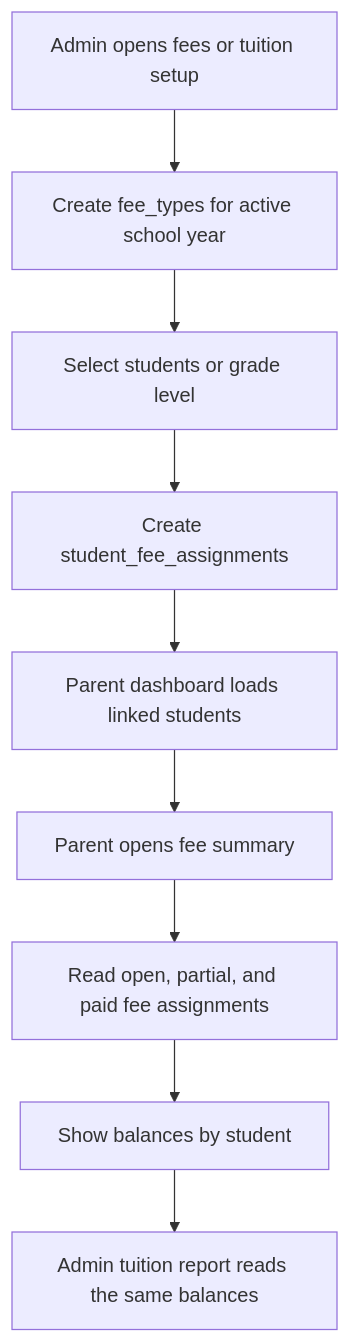
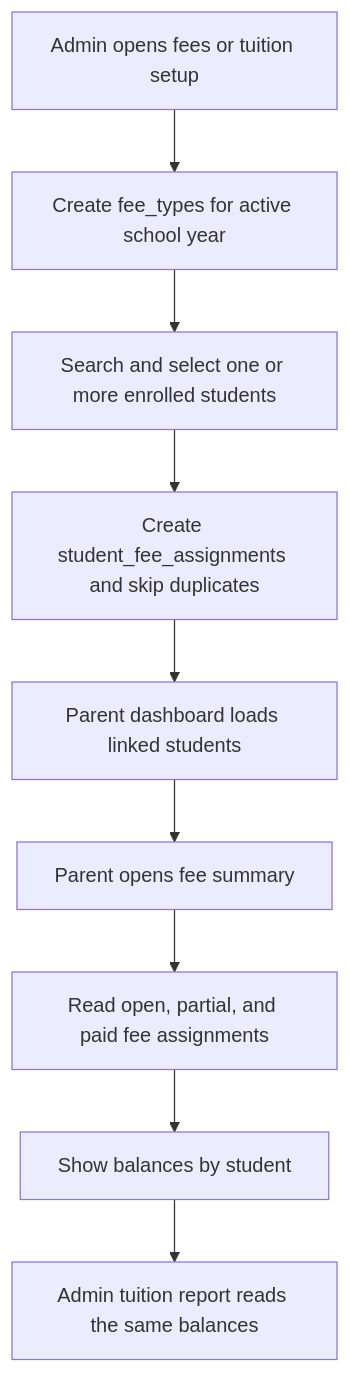
One commit to Xeyn19/xmetapay changed diagram 12 of 17 in docs/PROJECT_FLOWCHARTS.md. Above: the diagram before and after it, drawn with Mermaid. The commit also changed 9 other files, not shown here.

````diff
--- a/docs/PROJECT_FLOWCHARTS.md
+++ b/docs/PROJECT_FLOWCHARTS.md
@@ -385,11 +385,11 @@
 ```mermaid
 flowchart TD
   A["Admin opens fees or tuition setup"] --> B["Create fee_types for active school year"]
-  B --> C["Select students or grade level"]
-  C --> D["Create student_fee_assignments"]
+  B --> C["Search and select one or more enrolled students"]
+  C --> D["Create student_fee_assignments and skip duplicates"]
   D --> E["Parent dashboard loads linked students"]
   E --> F["Parent opens fee summary"]
   F --> G["Read open, partial, and paid fee assignments"]
   G --> H["Show balances by student"]
   H --> I["Admin tuition report reads the same balances"]
 ```
````
